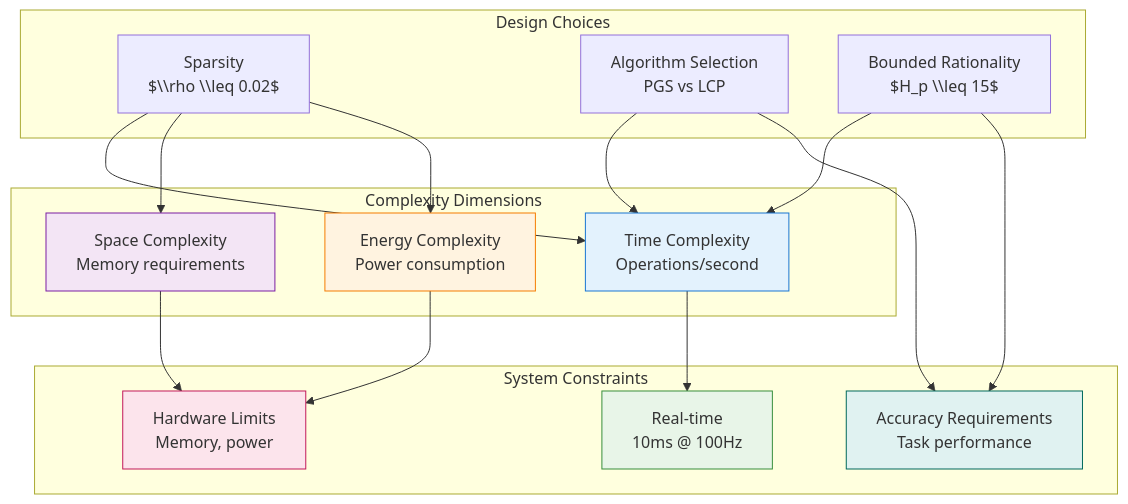
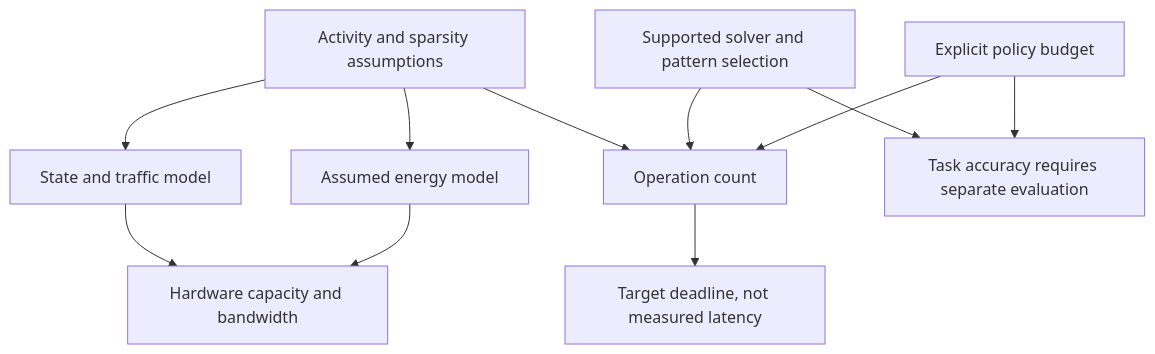
One commit to docxology/ant_stack changed the first of 2 diagrams in papers/complexity_energetics/Complexity.md. Above: the diagram before and after it, drawn with Mermaid. The commit also changed other lines of this file and 254 other files, not shown here.

````diff
--- a/papers/complexity_energetics/Complexity.md
+++ b/papers/complexity_energetics/Complexity.md
@@ -43,38 +11,13 @@
 ```mermaid
 graph TD
-    subgraph "Complexity Dimensions"
-        T["Time Complexity<br/>Operations/second"]
-        S["Space Complexity<br/>Memory requirements"]
-        E["Energy Complexity<br/>Power consumption"]
-    end
-
-    subgraph "System Constraints"
-        RT["Real-time<br/>10ms @ 100Hz"]
-        HW["Hardware Limits<br/>Memory, power"]
-        ACC["Accuracy Requirements<br/>Task performance"]
-    end
-
-    subgraph "Design Choices"
-        SP["Sparsity<br/>$\\rho \\leq 0.02$"]
-        ALG["Algorithm Selection<br/>PGS vs LCP"]
-        BOUND["Bounded Rationality<br/>$H_p \\leq 15$"]
-    end
-
-    T --> RT
-    S --> HW
-    E --> HW
-    SP --> T
+    T["Operation count"] --> RT["Target deadline, not measured latency"]
+    S["State and traffic model"] --> HW["Hardware capacity and bandwidth"]
+    E["Assumed energy model"] --> HW
+    SP["Activity and sparsity assumptions"] --> T
     SP --> S
     SP --> E
-    ALG --> T
-    ALG --> ACC
-    BOUND --> T
+    ALG["Supported solver and pattern selection"] --> T
+    ALG --> ACC["Task accuracy requires separate evaluation"]
+    BOUND["Explicit policy budget"] --> T
     BOUND --> ACC
-
-    style T fill:#e3f2fd,stroke:#1976d2
-    style S fill:#f3e5f5,stroke:#7b1fa2
-    style E fill:#fff3e0,stroke:#f57c00
-    style RT fill:#e8f5e8,stroke:#388e3c
-    style HW fill:#fce4ec,stroke:#c2185b
-    style ACC fill:#e0f2f1,stroke:#00695c
 ```
````
